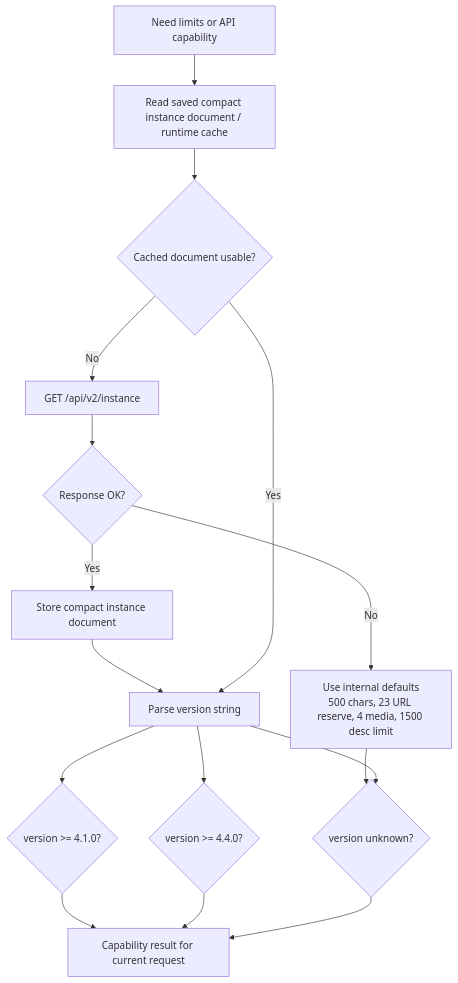
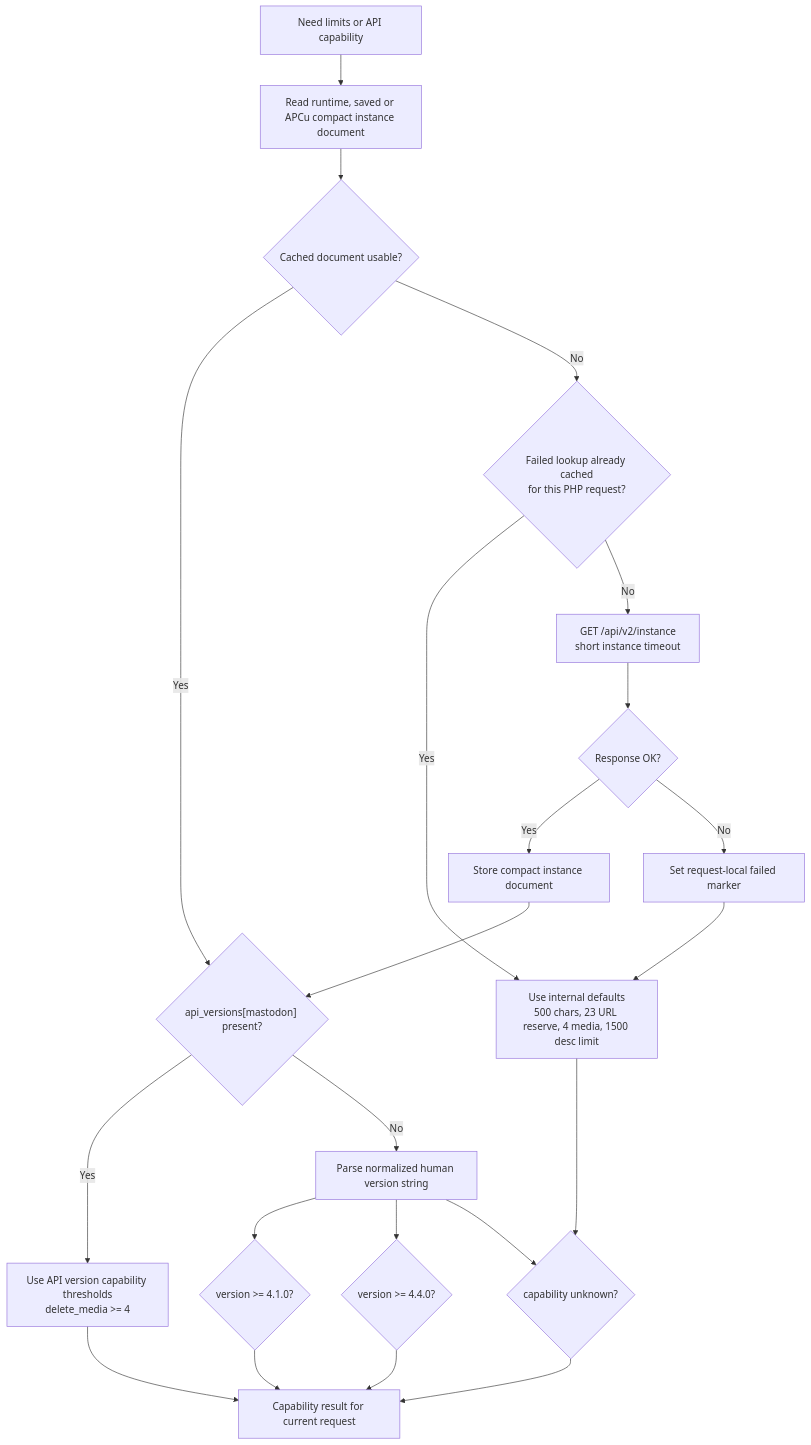
One commit to flatpressblog/flatpress changed diagram 23 of 45 in fp-plugins/mastodon/developer-docs/06-Process-Flow.md. Above: the diagram before and after it, drawn with Mermaid. The commit also changed other lines of this file and 27 other files, not shown here.

First line of the commit message:
Mastodon update to version 2.7.0

````diff
--- a/fp-plugins/mastodon/developer-docs/06-Process-Flow.md
+++ b/fp-plugins/mastodon/developer-docs/06-Process-Flow.md
@@ -785,27 +850,33 @@
 ```mermaid
 flowchart TD
     NeedCaps["Need limits or API capability"]
-    Cache["Read saved compact instance document / runtime cache"]
+    Cache["Read runtime, saved or APCu compact instance document"]
     HasDoc{"Cached document usable?"}
-    Fetch["GET /api/v2/instance"]
+    Failed{"Failed lookup already cached<br/>for this PHP request?"}
+    Fetch["GET /api/v2/instance<br/>short instance timeout"]
     OK{"Response OK?"}
     Store["Store compact instance document"]
+    Negative["Set request-local failed marker"]
     Defaults["Use internal defaults<br/>500 chars, 23 URL reserve, 4 media, 1500 desc limit"]
-    Version["Parse version string"]
+    ApiVersion{"api_versions[mastodon] present?"}
+    ApiCaps["Use API version capability thresholds<br/>delete_media >= 4"]
+    Version["Parse normalized human version string"]
     MediaAttrs{"version >= 4.1.0?"}
     DeleteMedia{"version >= 4.4.0?"}
-    Unknown{"version unknown?"}
+    Unknown{"capability unknown?"}
     Capabilities["Capability result for current request"]
 
     NeedCaps --> Cache --> HasDoc
-    HasDoc -- "No" --> Fetch --> OK
-    OK -- "Yes" --> Store --> Version
-    OK -- "No" --> Defaults --> Unknown
-    HasDoc -- "Yes" --> Version
-    Version --> MediaAttrs
-    Version --> DeleteMedia
-    Version --> Unknown
-    MediaAttrs --> Capabilities
-    DeleteMedia --> Capabilities
-    Unknown --> Capabilities
+    HasDoc -- "Yes" --> ApiVersion
+    HasDoc -- "No" --> Failed
+    Failed -- "Yes" --> Defaults
+    Failed -- "No" --> Fetch --> OK
+    OK -- "Yes" --> Store --> ApiVersion
+    OK -- "No" --> Negative --> Defaults
+    Defaults --> Unknown
+    ApiVersion -- "Yes" --> ApiCaps --> Capabilities
+    ApiVersion -- "No" --> Version
+    Version --> MediaAttrs --> Capabilities
+    Version --> DeleteMedia --> Capabilities
+    Version --> Unknown --> Capabilities
 ```
````
